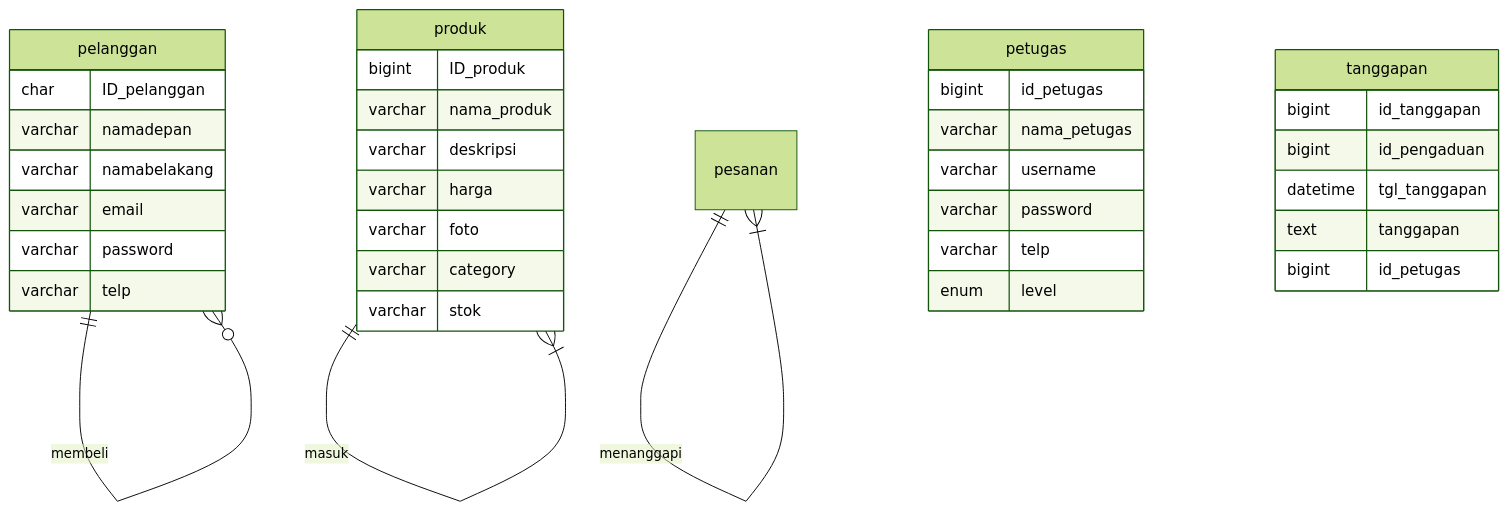
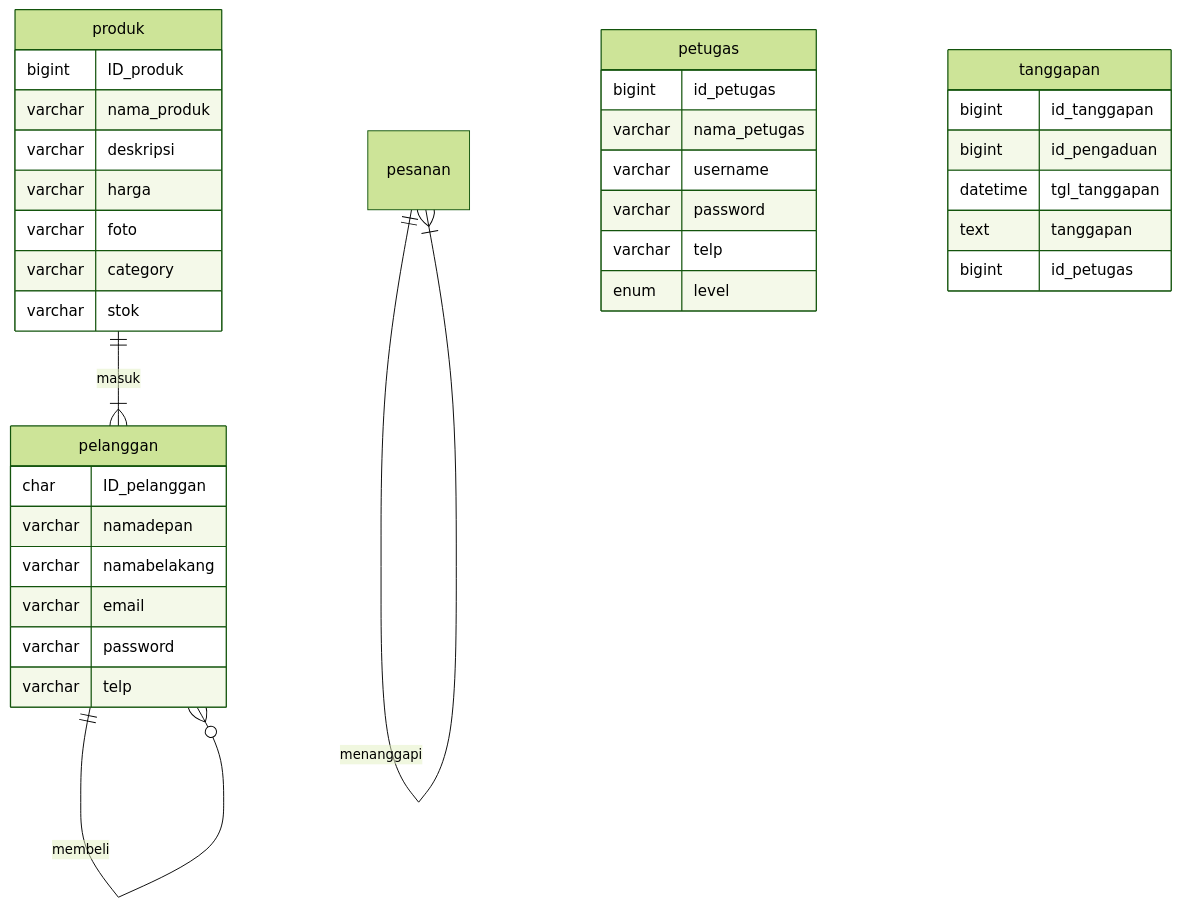
One commit to BaidhowiAlHuseiniHakiki/BaidhowiAlHuseiniHakiki changed the diagram in job_interview.md. Above: the diagram before and after it, drawn with Mermaid (forest theme).

````diff
--- a/job_interview.md
+++ b/job_interview.md
@@ -29,38 +29,38 @@
 ```mermaid
 erDiagram
     pelanggan ||--o{ pelanggan : membeli
     pelanggan {
         char ID_pelanggan
         varchar namadepan
         varchar namabelakang
         varchar email
         varchar password
         varchar telp
     }
-    produk ||--|{ produk : masuk
+    produk ||--|{ pelanggan : masuk
     produk {
         bigint ID_produk
         varchar nama_produk
         varchar deskripsi
         varchar harga
         varchar foto
         varchar category
         varchar stok
     }
     pesanan ||--|{ pesanan : menanggapi
     petugas {
         bigint id_petugas
         varchar nama_petugas
         varchar username
         varchar password
         varchar telp
         enum level
     }
     tanggapan {
         bigint id_tanggapan
         bigint id_pengaduan
         datetime tgl_tanggapan
         text tanggapan
         bigint id_petugas
 }
 ```
````
